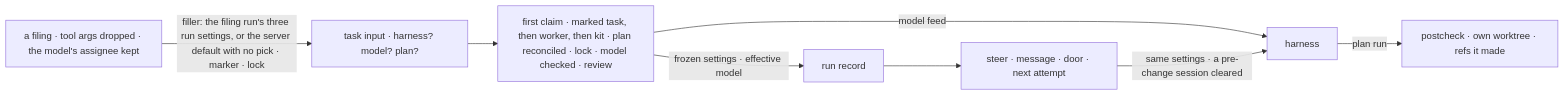
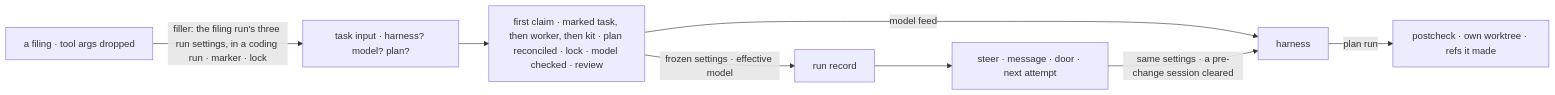
The second of 2 diagrams in specs/issues/FIX-2878/SPEC.md (fixpoint-labs/flow-state-dev), drawn with Mermaid before and after one commit. The commit also changed other lines of this file and 1 other file, not shown here.

First line of the commit message:
spec(FIX-2878): keep FIX-2877's no-pick assignee (revert the retirement)

````diff
--- a/specs/issues/FIX-2878/SPEC.md
+++ b/specs/issues/FIX-2878/SPEC.md
@@ -103,10 +101,10 @@
 ```mermaid
 flowchart LR
-  T["a filing · tool args dropped · the model's assignee kept"] -->|"filler: the filing run's three run settings, or the server default with no pick · marker · lock"| I["task input · harness? model? plan?"]
+  T["a filing · tool args dropped"] -->|"filler: the filing run's three run settings, in a coding run · marker · lock"| I["task input · harness? model? plan?"]
   I --> C["first claim · marked task, then worker, then kit · plan reconciled · lock · model checked · review"]
   C -->|"frozen settings · effective model"| R["run record"]
   C -->|"model feed"| H["harness"]
   R --> S["steer · message · door · next attempt"]
   S -->|"same settings · a pre-change session cleared"| H
   H -->|"plan run"| Q["postcheck · own worktree · refs it made"]
 ```
````
